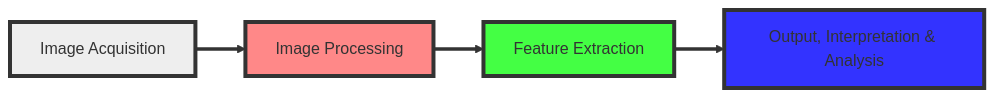
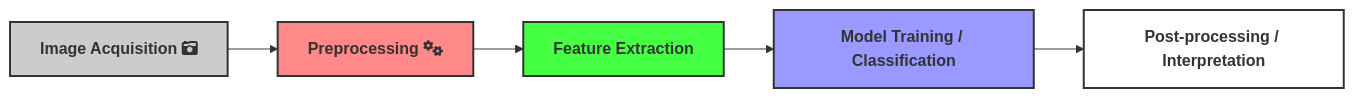
Before and after one commit to afondiel/computer-science-notebook: the diagram in computer-vision-notes/cv-notes.md, drawn with Mermaid. The commit also changed other lines of this file, not shown here.

````diff
--- a/computer-vision-notes/cv-notes.md
+++ b/computer-vision-notes/cv-notes.md
@@ -65,11 +64,13 @@
 ```mermaid
 graph LR
-    A[Image Acquisition] ==> B[Image Processing]
-    B ==> C[Feature Extraction]
-    C ==> D[Output, Interpretation & Analysis]
+    A[Image Acquisition fa:fa-camera-retro] --> B[Preprocessing fa:fa-cogs  ]
+    B --> C[Feature Extraction]
+    C --> D[Model Training / Classification]
+    D --> E[Post-processing / Interpretation]
 
-    style A fill:#EEE,stroke:#333,stroke-width:4px
-    style B fill:#F88,stroke:#333,stroke-width:4px
-    style C fill:#4F4,stroke:#333,stroke-width:4px
-    style D fill:#33F,stroke:#333,stroke-width:4px
+    style A font-weight:bold, fill:#CCC,stroke:#333,stroke-width:2px
+    style B font-weight:bold, fill:#F88,stroke:#333,stroke-width:2px
+    style C font-weight:bold, fill:#4F4,stroke:#333,stroke-width:2px
+    style D font-weight:bold, fill:#99F,stroke:#333,stroke-width:2px
+    style E font-weight:bold, fill:#FFF,stroke:#333,stroke-width:2px
 ```
````
